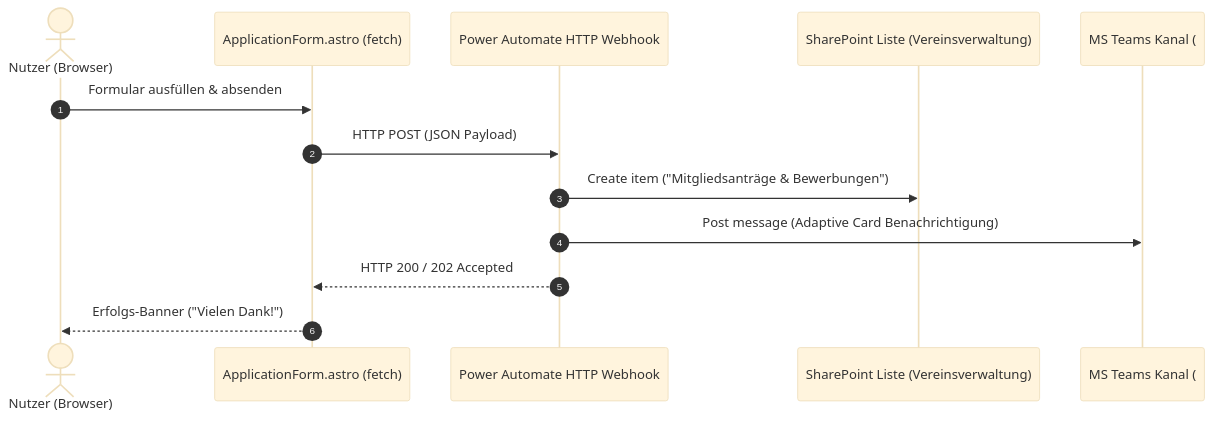
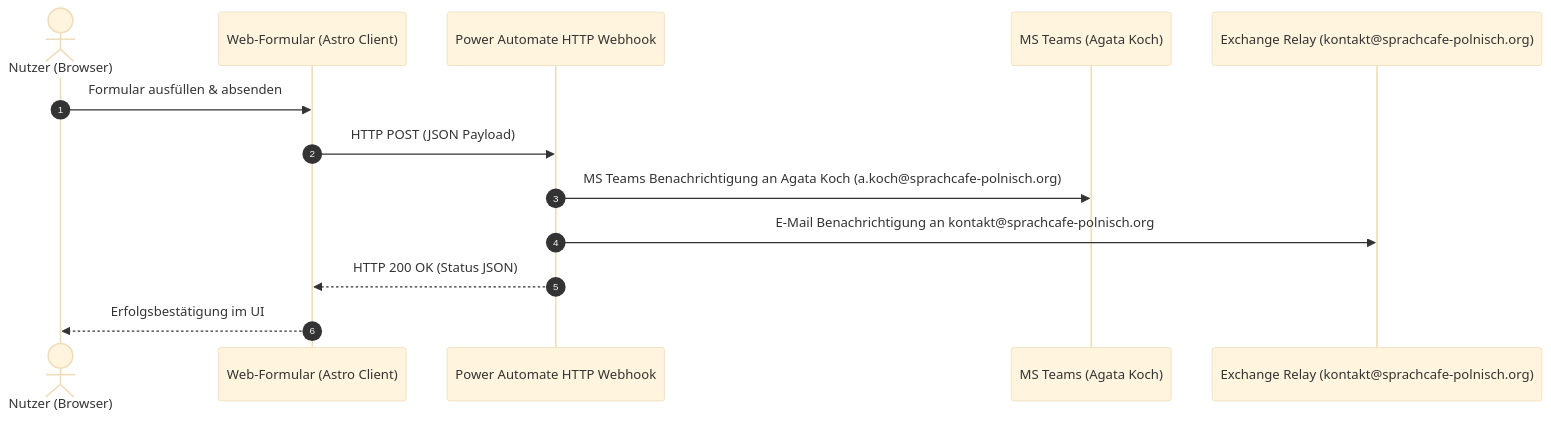
One commit to fuchstv/sprachcafe-relaunch changed the diagram in docs/POWER_AUTOMATE_FLOW.md. Above: the diagram before and after it, drawn with Mermaid (base theme). The commit also changed other lines of this file and 71 other files, not shown here.

````diff
--- a/docs/POWER_AUTOMATE_FLOW.md
+++ b/docs/POWER_AUTOMATE_FLOW.md
@@ -9,16 +11,16 @@
 ```mermaid
 sequenceDiagram
     autonumber
-    actor Nutzi as Nutzer (Browser)
-    participant Form as ApplicationForm.astro (fetch)
+    actor Nutzer as Nutzer (Browser)
+    participant Form as Web-Formular (Astro Client)
     participant PA as Power Automate HTTP Webhook
-    participant SP as SharePoint Liste (Vereinsverwaltung)
-    participant Teams as MS Teams Kanal (#Mitglieder)
+    participant Teams as MS Teams (Agata Koch)
+    participant Mail as Exchange Relay (kontakt@sprachcafe-polnisch.org)
 
-    Nutzi->>Form: Formular ausfüllen & absenden
+    Nutzer->>Form: Formular ausfüllen & absenden
     Form->>PA: HTTP POST (JSON Payload)
-    PA->>SP: Create item ("Mitgliedsanträge & Bewerbungen")
-    PA->>Teams: Post message (Adaptive Card Benachrichtigung)
-    PA-->>Form: HTTP 200 / 202 Accepted
-    Form-->>Nutzi: Erfolgs-Banner ("Vielen Dank!")
+    PA->>Teams: MS Teams Benachrichtigung an Agata Koch (a.koch@sprachcafe-polnisch.org)
+    PA->>Mail: E-Mail Benachrichtigung an kontakt@sprachcafe-polnisch.org
+    PA-->>Form: HTTP 200 OK (Status JSON)
+    Form-->>Nutzer: Erfolgsbestätigung im UI
 ```
````
